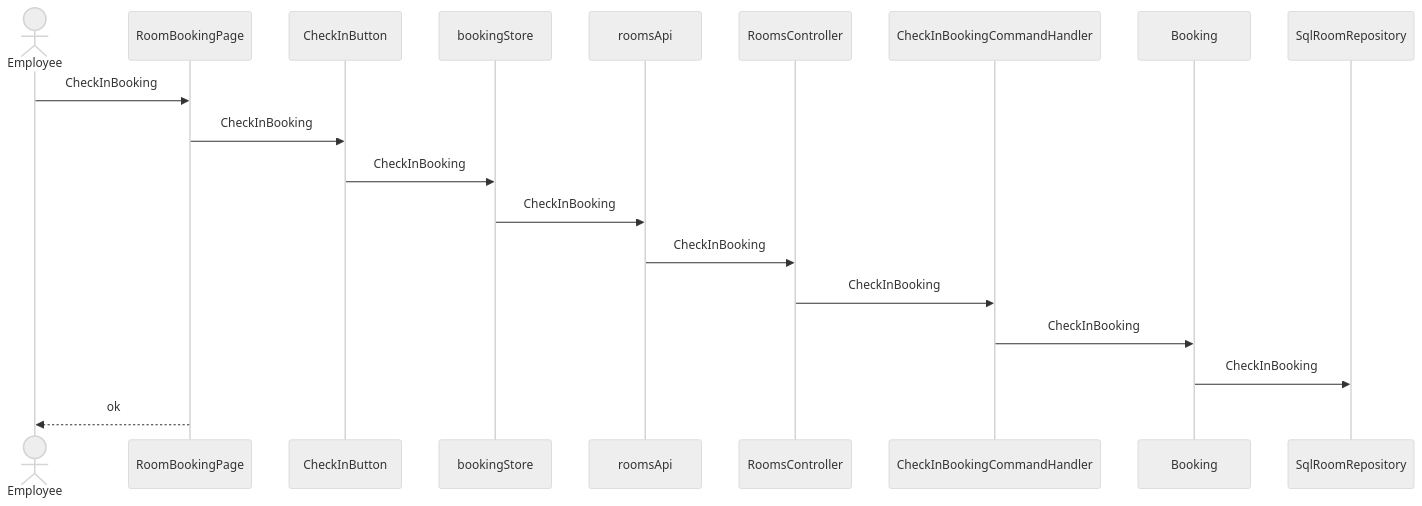
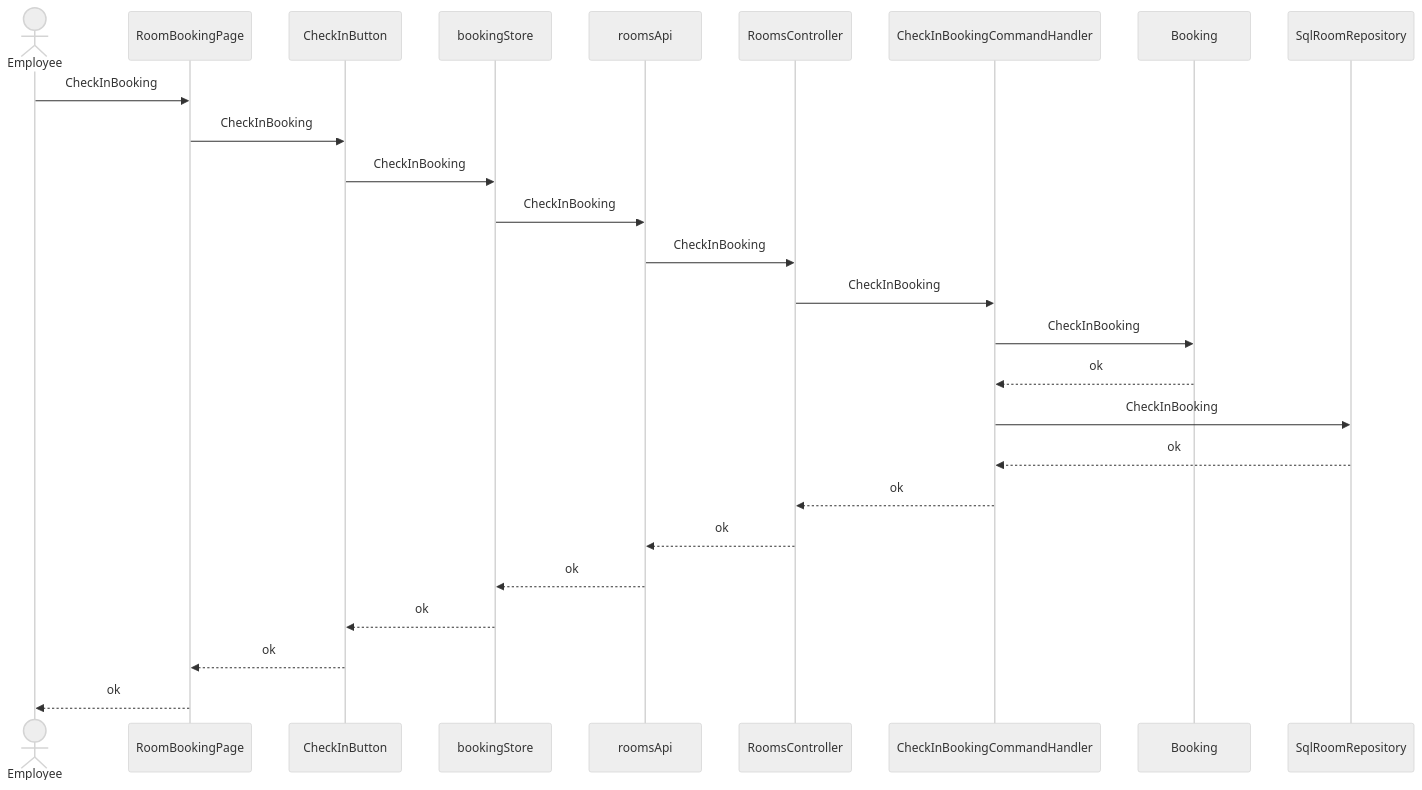
The fifth of 6 diagrams in skills/spec-dev-process/examples/matrix/fs-balance-mixed-s2/specs/rd/room-booking/spec/30-architecture-c4.md (pin0513/AITools), drawn with Mermaid (neutral theme) before and after one commit. The commit also changed other lines of this file and 257 other files, not shown here.

````diff
--- a/skills/spec-dev-process/examples/matrix/fs-balance-mixed-s2/specs/rd/room-booking/spec/30-architecture-c4.md
+++ b/skills/spec-dev-process/examples/matrix/fs-balance-mixed-s2/specs/rd/room-booking/spec/30-architecture-c4.md
@@ -160,21 +168,28 @@
 ```mermaid
 sequenceDiagram
   actor U as Employee
   participant CMP001 as RoomBookingPage
   participant CMP003 as CheckInButton
   participant CMP005 as bookingStore
   participant CMP006 as roomsApi
   participant CMP007 as RoomsController
   participant CMP009 as CheckInBookingCommandHandler
   participant CMP012 as Booking
   participant CMP013 as SqlRoomRepository
   U->>CMP001: CheckInBooking
   CMP001->>CMP003: CheckInBooking
   CMP003->>CMP005: CheckInBooking
   CMP005->>CMP006: CheckInBooking
   CMP006->>CMP007: CheckInBooking
   CMP007->>CMP009: CheckInBooking
   CMP009->>CMP012: CheckInBooking
-  CMP012->>CMP013: CheckInBooking
+  CMP012-->>CMP009: ok
+  CMP009->>CMP013: CheckInBooking
+  CMP013-->>CMP009: ok
+  CMP009-->>CMP007: ok
+  CMP007-->>CMP006: ok
+  CMP006-->>CMP005: ok
+  CMP005-->>CMP003: ok
+  CMP003-->>CMP001: ok
   CMP001-->>U: ok
 ```
````
